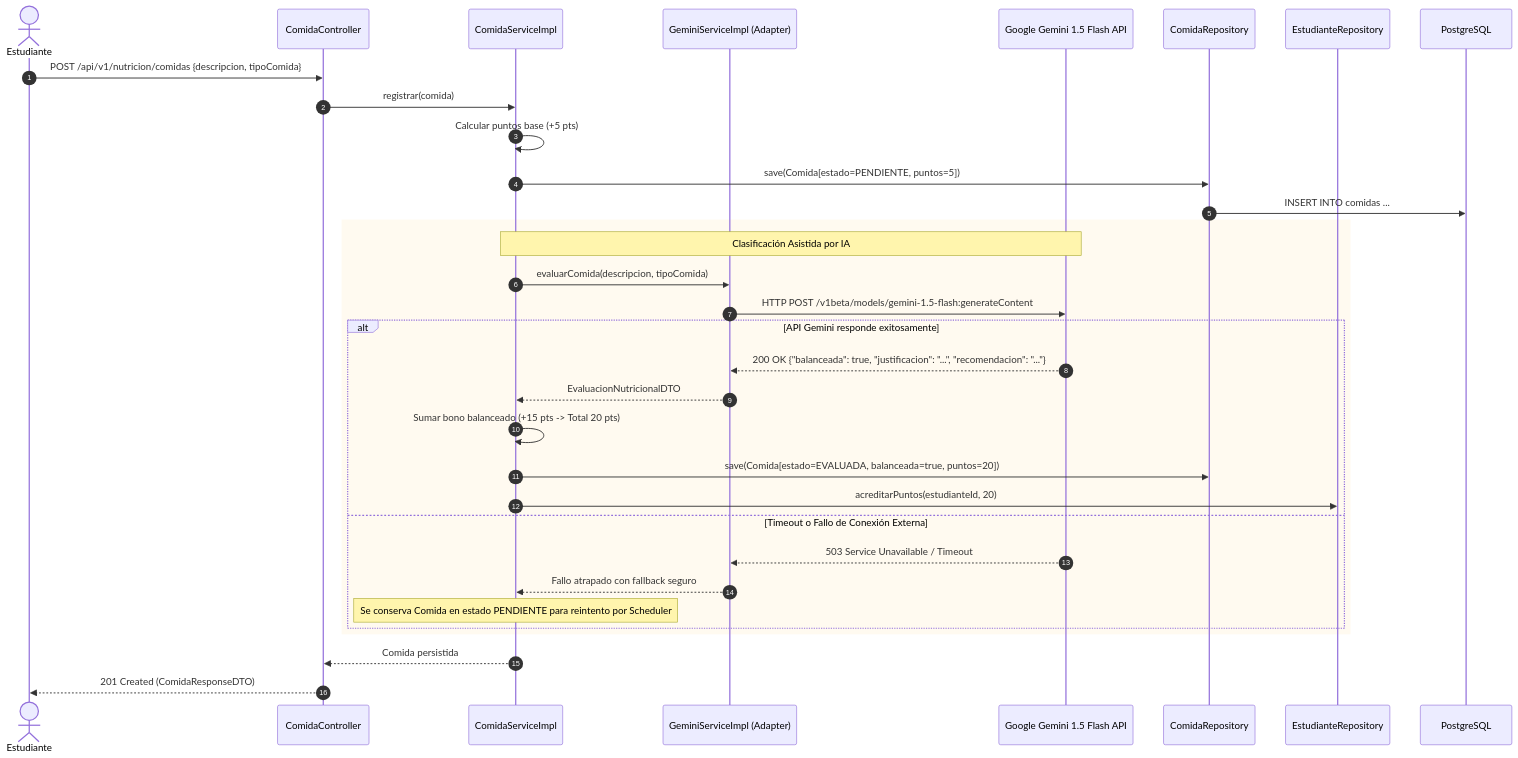
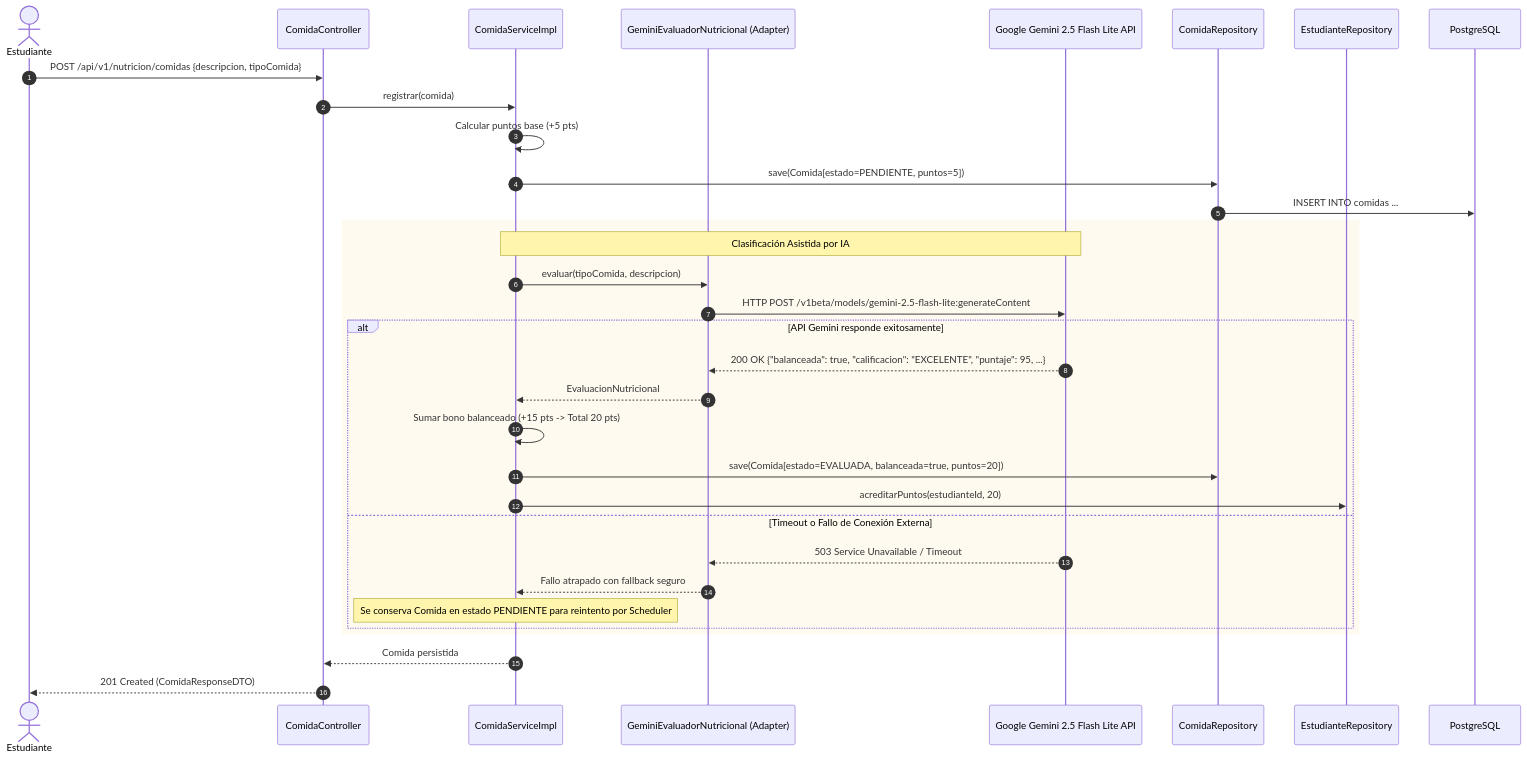
Before and after one commit to ECI-FIT/ecifit-backend: the fourth of 5 diagrams in docs/arquitectura-hld.md, drawn with Mermaid. The commit also changed other lines of this file, not shown here.

Commit message:
docs(arquitectura): erradicar rutas locales, cuadrar matriz 42 RFs 1:1, sincronizar 12 entidades JPA y unificar modelo Gemini 2.5 Flash Lite

````diff
--- a/docs/arquitectura-hld.md
+++ b/docs/arquitectura-hld.md
@@ -582,38 +566,38 @@
 ```mermaid
 sequenceDiagram
     autonumber
     actor Estudiante as Estudiante
     participant ComidaCtrl as ComidaController
     participant ComidaSvc as ComidaServiceImpl
-    participant GeminiClient as GeminiServiceImpl (Adapter)
-    participant GeminiAPI as Google Gemini 1.5 Flash API
+    participant GeminiClient as GeminiEvaluadorNutricional (Adapter)
+    participant GeminiAPI as Google Gemini 2.5 Flash Lite API
     participant ComidaRepo as ComidaRepository
     participant EstRepo as EstudianteRepository
     participant BD as PostgreSQL
 
     Estudiante->>ComidaCtrl: POST /api/v1/nutricion/comidas {descripcion, tipoComida}
     ComidaCtrl->>ComidaSvc: registrar(comida)
     ComidaSvc->>ComidaSvc: Calcular puntos base (+5 pts)
     ComidaSvc->>ComidaRepo: save(Comida[estado=PENDIENTE, puntos=5])
     ComidaRepo->>BD: INSERT INTO comidas ...
     
     rect rgb(255, 250, 240)
         note over ComidaSvc,GeminiAPI: Clasificación Asistida por IA
-        ComidaSvc->>GeminiClient: evaluarComida(descripcion, tipoComida)
-        GeminiClient->>GeminiAPI: HTTP POST /v1beta/models/gemini-1.5-flash:generateContent
+        ComidaSvc->>GeminiClient: evaluar(tipoComida, descripcion)
+        GeminiClient->>GeminiAPI: HTTP POST /v1beta/models/gemini-2.5-flash-lite:generateContent
         alt API Gemini responde exitosamente
-            GeminiAPI-->>GeminiClient: 200 OK {"balanceada": true, "justificacion": "...", "recomendacion": "..."}
-            GeminiClient-->>ComidaSvc: EvaluacionNutricionalDTO
+            GeminiAPI-->>GeminiClient: 200 OK {"balanceada": true, "calificacion": "EXCELENTE", "puntaje": 95, ...}
+            GeminiClient-->>ComidaSvc: EvaluacionNutricional
             ComidaSvc->>ComidaSvc: Sumar bono balanceado (+15 pts -> Total 20 pts)
             ComidaSvc->>ComidaRepo: save(Comida[estado=EVALUADA, balanceada=true, puntos=20])
             ComidaSvc->>EstRepo: acreditarPuntos(estudianteId, 20)
         else Timeout o Fallo de Conexión Externa
             GeminiAPI-->>GeminiClient: 503 Service Unavailable / Timeout
             GeminiClient-->>ComidaSvc: Fallo atrapado con fallback seguro
             note over ComidaSvc: Se conserva Comida en estado PENDIENTE para reintento por Scheduler
         end
     end
     
     ComidaSvc-->>ComidaCtrl: Comida persistida
     ComidaCtrl-->>Estudiante: 201 Created (ComidaResponseDTO)
 ```
````
